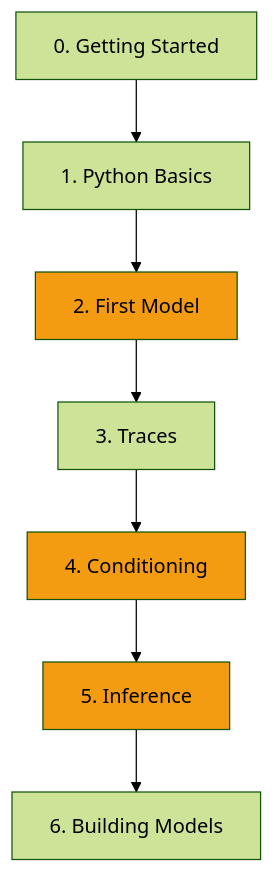
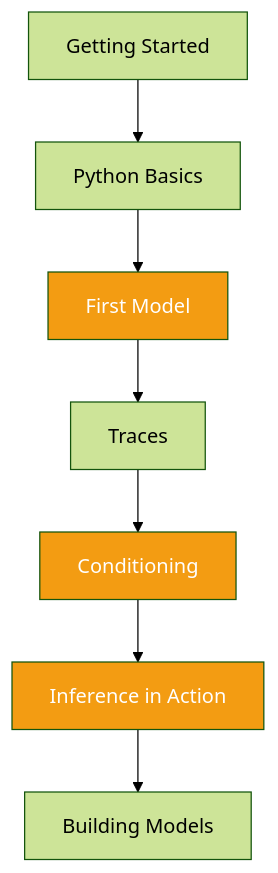
The diagram in content/genjax/_index.md (josephausterweil/probintro), drawn with Mermaid (forest theme) before and after one commit. The commit also changed other lines of this file and 15 other files, not shown here.

````diff
--- a/content/genjax/_index.md
+++ b/content/genjax/_index.md
@@ -76,15 +26,13 @@
 ```mermaid
 graph TB
-    A[0. Getting Started] --> B[1. Python Basics]
-    B --> C[2. First Model]
-    C --> D[3. Traces]
-    D --> E[4. Conditioning]
-    E --> F[5. Inference]
-    F --> G[6. Building Models]
+    A[Getting Started] --> B[Python Basics]
+    B --> C[First Model]
+    C --> D[Traces]
+    D --> E[Conditioning]
+    E --> F[Inference in Action]
+    F --> G[Building Models]
 
-    style C fill:#f39c12
-    style E fill:#f39c12
-    style F fill:#f39c12
-
-    classDef core fill:#f39c12,stroke:#333,stroke-width:2px,color:#fff
+    style C fill:#f39c12,color:#fff
+    style E fill:#f39c12,color:#fff
+    style F fill:#f39c12,color:#fff
 ```
````
